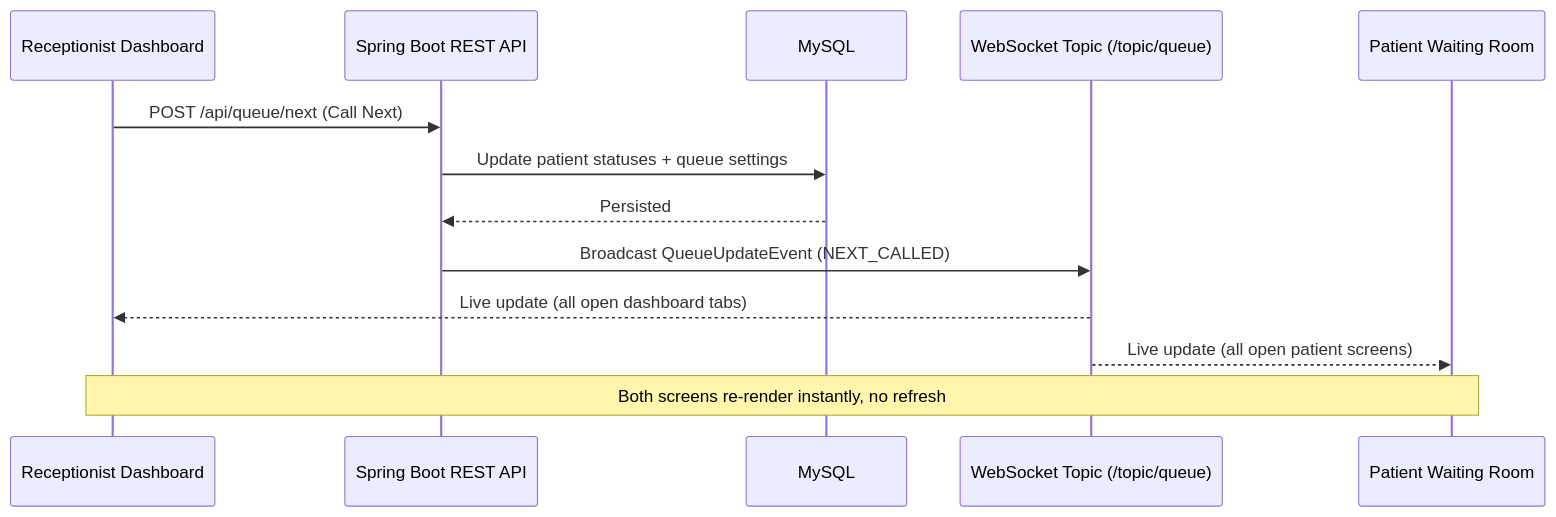
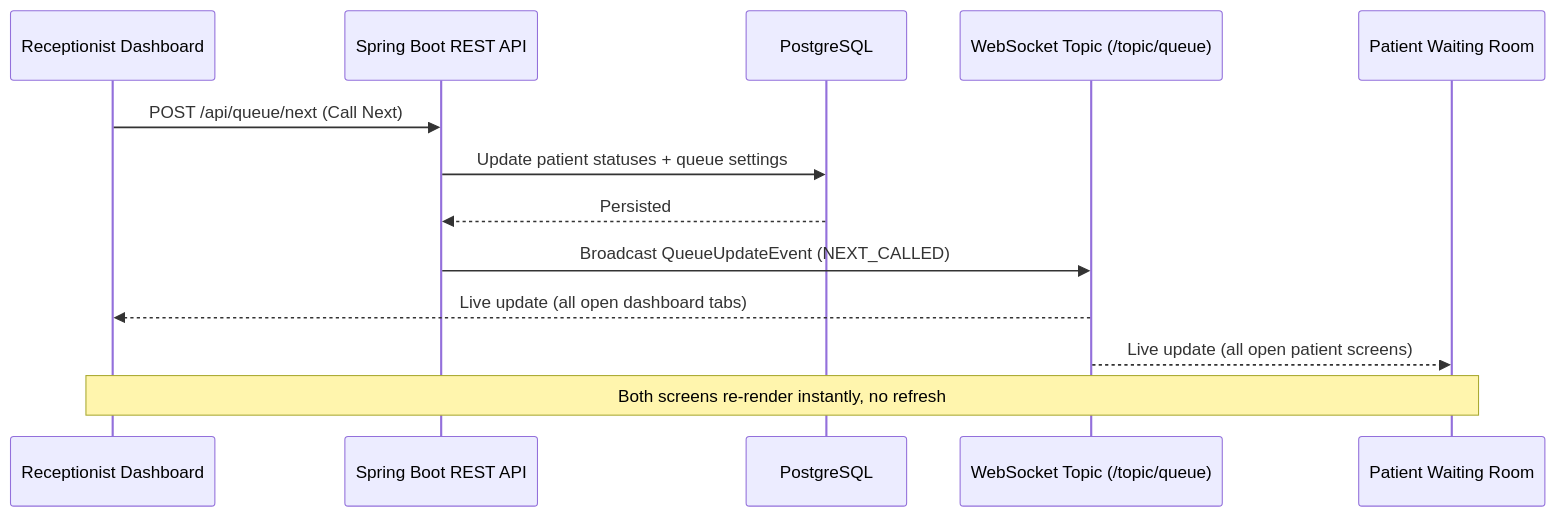
Before and after one commit to BinduPranaya/Queue-Cure-AI-Powered-Hospital-Queue-Management-System: the diagram in SOCKET_EVENT_DIAGRAM.md, drawn with Mermaid. The commit also changed other lines of this file and 6 other files, not shown here.

Commit message:
Migrate database from MySQL to PostgreSQL across the application

````diff
--- a/SOCKET_EVENT_DIAGRAM.md
+++ b/SOCKET_EVENT_DIAGRAM.md
@@ -3,16 +3,16 @@
 ```mermaid
 sequenceDiagram
     participant R as Receptionist Dashboard
     participant API as Spring Boot REST API
-    participant DB as MySQL
+    participant DB as PostgreSQL
     participant WS as WebSocket Topic (/topic/queue)
     participant P as Patient Waiting Room
 
     R->>API: POST /api/queue/next (Call Next)
     API->>DB: Update patient statuses + queue settings
     DB-->>API: Persisted
     API->>WS: Broadcast QueueUpdateEvent (NEXT_CALLED)
     WS-->>R: Live update (all open dashboard tabs)
     WS-->>P: Live update (all open patient screens)
     Note over R,P: Both screens re-render instantly, no refresh
 ```
````
